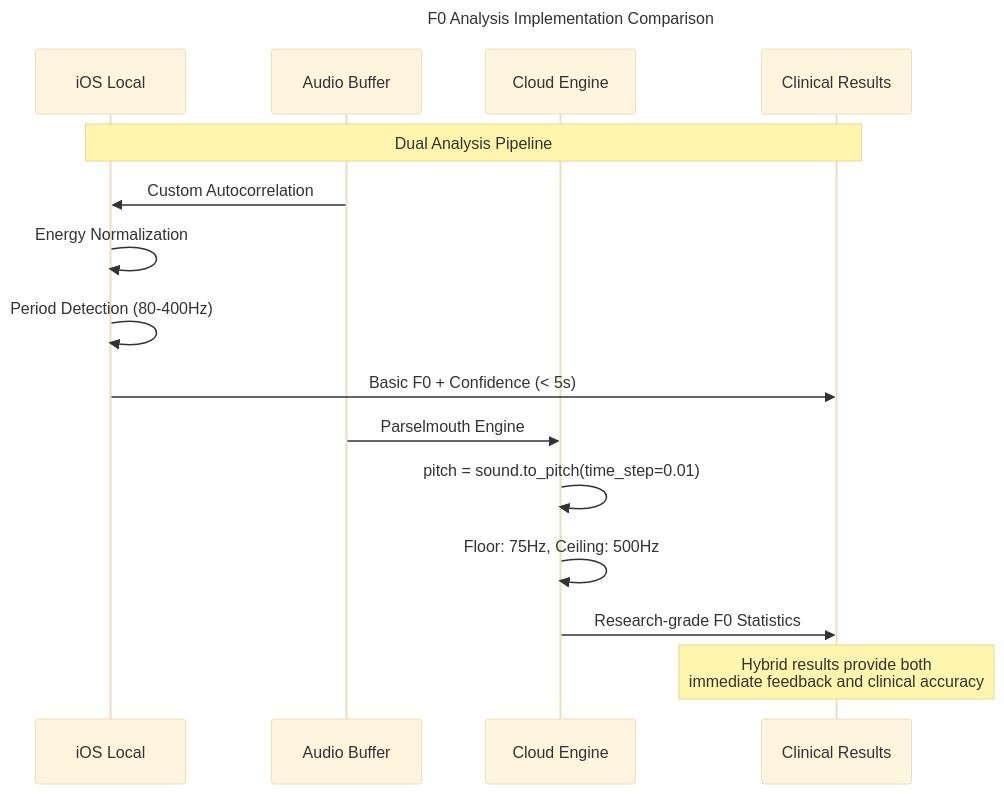
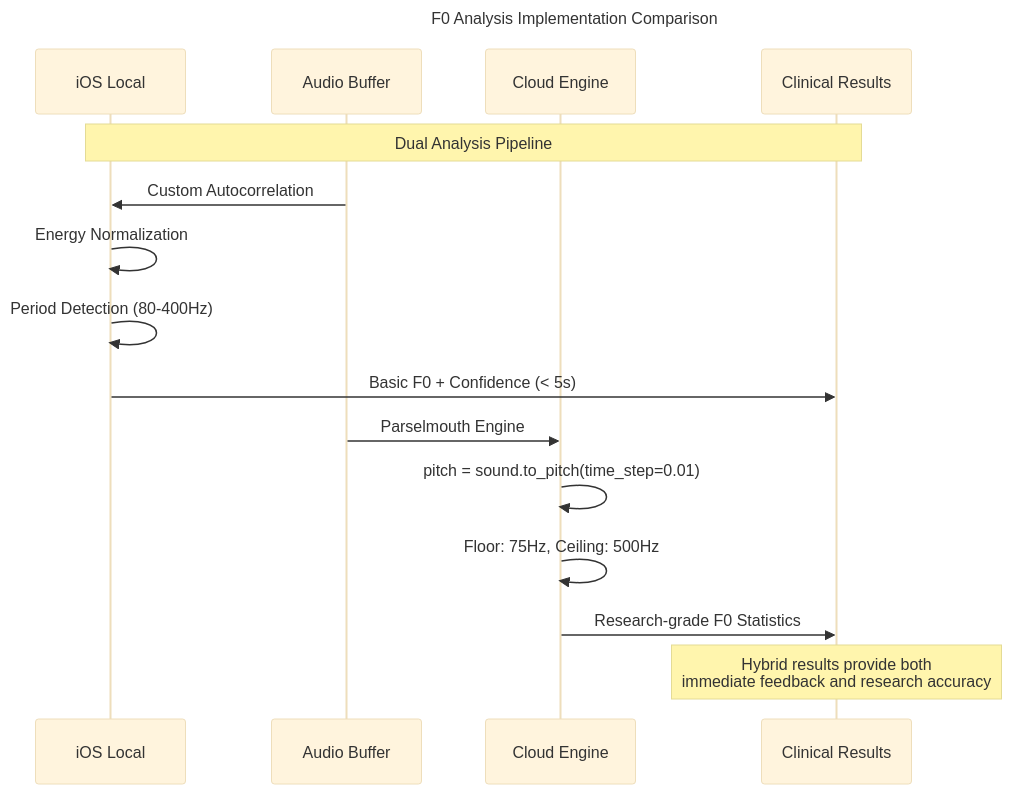
One commit to PoisonIvory/sage changed the second of 5 diagrams in DATA_PIPELINE.md. Above: the diagram before and after it, drawn with Mermaid (base theme). The commit also changed other lines of this file and 1 other file, not shown here.

Commit message:
Update documentation language: replace clinical claims with research-appropriate terminology

````diff
--- a/DATA_PIPELINE.md
+++ b/DATA_PIPELINE.md
@@ -90,24 +90,24 @@
 ```mermaid
 ---
 title: F0 Analysis Implementation Comparison
 ---
 sequenceDiagram
     participant iOS as iOS Local
     participant Audio as Audio Buffer
     participant Cloud as Cloud Engine
     participant Results as Clinical Results
     
     Note over iOS,Results: Dual Analysis Pipeline
     
     Audio->>iOS: Custom Autocorrelation
     iOS->>iOS: Energy Normalization
     iOS->>iOS: Period Detection (80-400Hz)
     iOS->>Results: Basic F0 + Confidence (< 5s)
     
     Audio->>Cloud: Parselmouth Engine
     Cloud->>Cloud: pitch = sound.to_pitch(time_step=0.01)
     Cloud->>Cloud: Floor: 75Hz, Ceiling: 500Hz
     Cloud->>Results: Research-grade F0 Statistics
     
-    Note over Results: Hybrid results provide both<br/>immediate feedback and clinical accuracy
+    Note over Results: Hybrid results provide both<br/>immediate feedback and research accuracy
 ```
````
